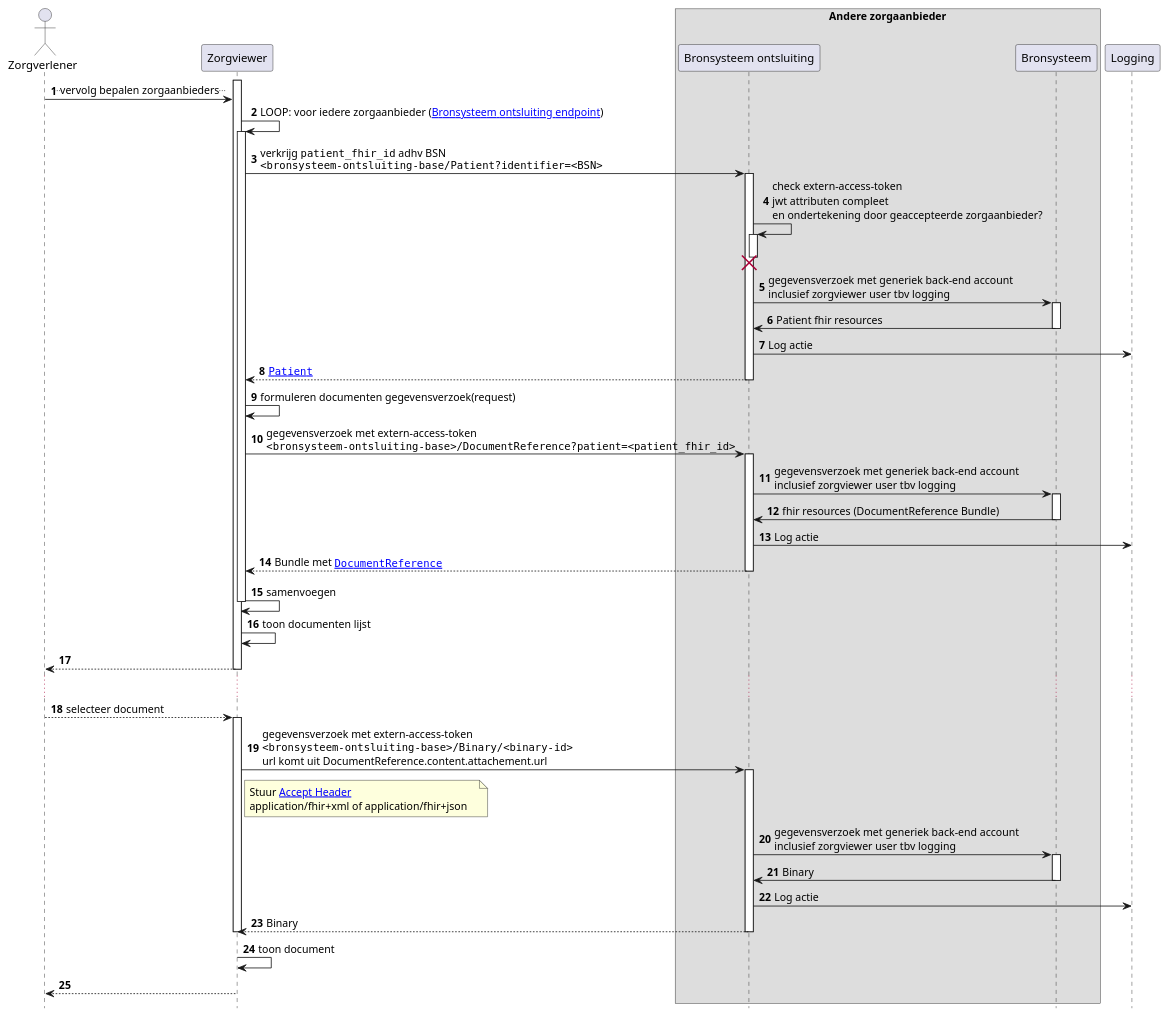
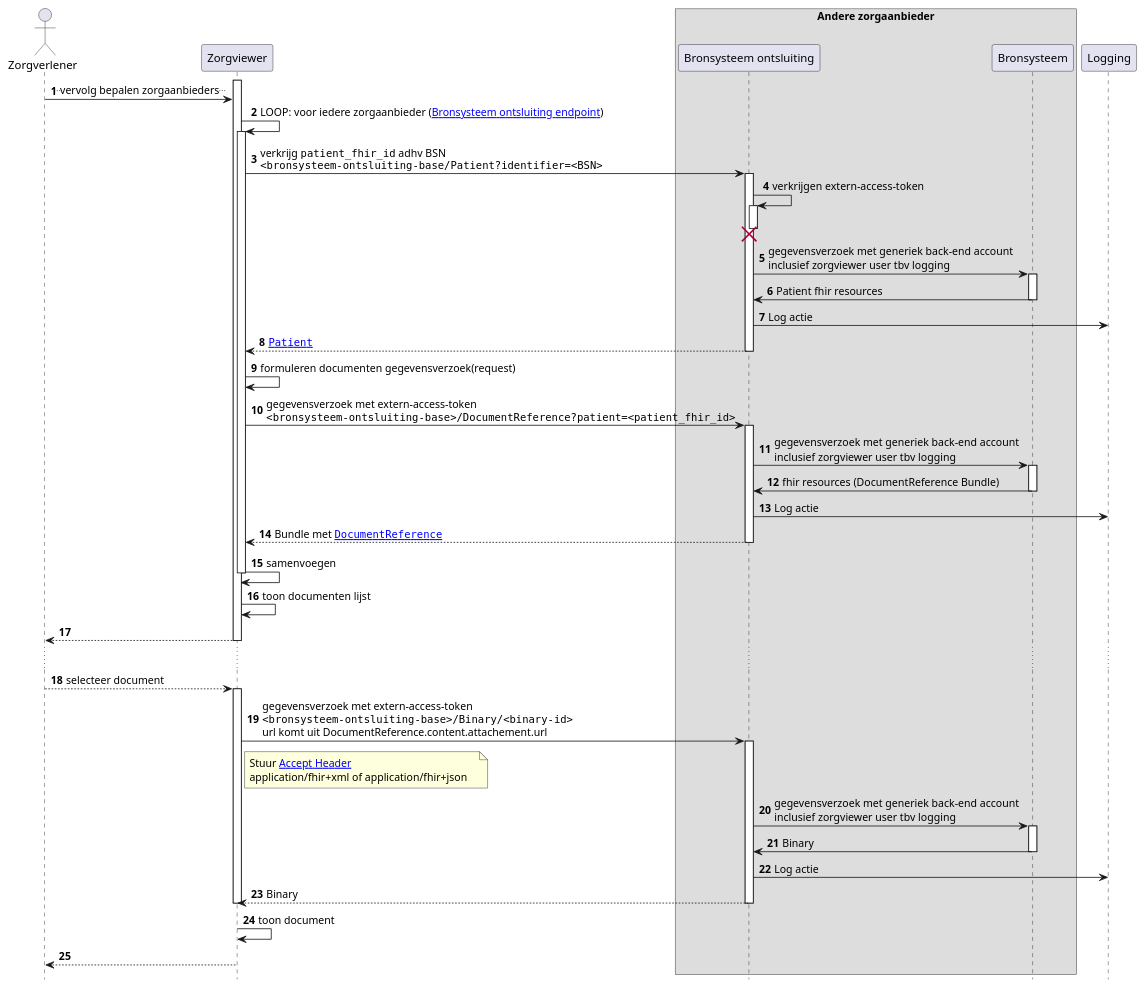
Before and after one commit to RIVO-Noord/zorgviewer-ig: the diagram in input/images-source/Zorgviewer-seq-4.plantuml, drawn with PlantUML. The commit also changed 1 other file, not shown here.

```diff
--- a/input/images-source/Zorgviewer-seq-4.plantuml
+++ b/input/images-source/Zorgviewer-seq-4.plantuml
@@ -1,63 +1,63 @@
 @startuml
 hide footbox
 autonumber
 
 actor Zorgverlener
 participant Zorgviewer
 box "Andere zorgaanbieder"
 participant "Bronsysteem ontsluiting" as Bron
 participant Bronsysteem
 end box
 
 activate Zorgviewer
 Zorgverlener->Zorgviewer: ..vervolg bepalen zorgaanbieders..
 Zorgviewer->Zorgviewer: LOOP: voor iedere zorgaanbieder ([[Endpoint-UMCG.html Bronsysteem ontsluiting endpoint]])
 activate Zorgviewer
 Zorgviewer->Bron : verkrijg ""patient_fhir_id"" adhv BSN\n""<bronsysteem-ontsluiting-base/Patient?identifier=<BSN>""
 activate Bron
-Bron->Bron++ : check extern-access-token\njwt attributen compleet\nen ondertekening door geaccepteerde zorgaanbieder?
+Bron->Bron++ : verkrijgen extern-access-token
 destroy Bron
 Bron->Bronsysteem : gegevensverzoek met generiek back-end account\ninclusief zorgviewer user tbv logging
 activate Bronsysteem
 Bronsysteem->Bron: Patient fhir resources
 deactivate Bronsysteem
 Bron->Logging : Log actie
 Bron-->Zorgviewer : ""[[StructureDefinition-Patient.html Patient]]""
 deactivate Bron
 Zorgviewer->Zorgviewer: formuleren documenten gegevensverzoek(request)
 Zorgviewer->Bron: gegevensverzoek met extern-access-token\n""<bronsysteem-ontsluiting-base>/DocumentReference?patient=<patient_fhir_id>""
 activate Bron
 Bron->Bronsysteem : gegevensverzoek met generiek back-end account\ninclusief zorgviewer user tbv logging
 activate Bronsysteem
 Bronsysteem->Bron: fhir resources (DocumentReference Bundle)
 deactivate Bronsysteem
 Bron->Logging : Log actie
 Bron-->Zorgviewer: Bundle met ""[[StructureDefinition-DocumentReference.html DocumentReference]]""
 deactivate Bron
 Zorgviewer->Zorgviewer: samenvoegen
 deactivate Zorgviewer
 Zorgviewer->Zorgviewer: toon documenten lijst
 Zorgviewer-->Zorgverlener
 deactivate Zorgviewer
 ...
 Zorgverlener-->Zorgviewer: selecteer document
 activate Zorgviewer
 Zorgviewer->Bron: gegevensverzoek met extern-access-token\n""<bronsysteem-ontsluiting-base>/Binary/<binary-id>""\nurl komt uit DocumentReference.content.attachement.url
 note right Zorgviewer
     Stuur [[http://hl7.org/fhir/STU3/binary.html#rest Accept Header]]
     application/fhir+xml of application/fhir+json   
 end note
 activate Bron
 Bron->Bronsysteem : gegevensverzoek met generiek back-end account\ninclusief zorgviewer user tbv logging
 activate Bronsysteem
 Bronsysteem->Bron: Binary
 deactivate Bronsysteem
 Bron->Logging : Log actie
 Bron-->Zorgviewer: Binary
 deactivate Bron
 deactivate Zorgviewer
 Zorgviewer->Zorgviewer: toon document
 Zorgviewer-->Zorgverlener
 deactivate Zorgviewer
 
 @enduml
```
